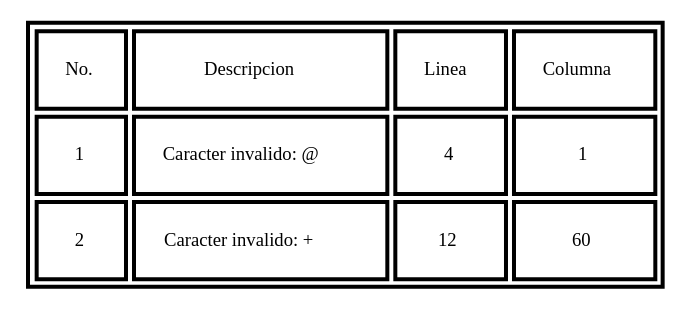
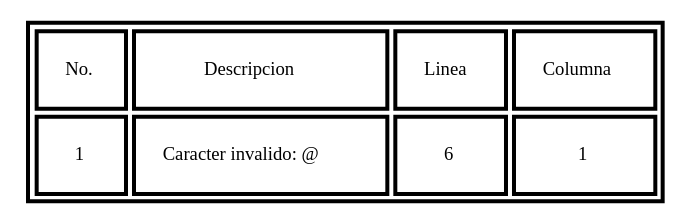
Before and after one commit to kevinmp2/LFP_PROYECTO2_202103206: the diagram in errores.dot, drawn with Graphviz. The commit also changed 23 other files, not shown here.

```diff
--- a/errores.dot
+++ b/errores.dot
@@ -1,1 +1,1 @@
-digraph G {a0[shape=none label=<<TABLE align="center" border="3" cellspacing="3" cellpadding="20"><TR><TD><FONT FACE="bold">No.</FONT></TD><TD><FONT FACE="bold">Descripcion</FONT></TD><TD><FONT FACE="bold">Linea</FONT></TD><TD><FONT FACE="bold">Columna</FONT></TD></TR><TR><TD>1</TD><TD>Caracter invalido: @</TD><TD>4</TD><TD>1</TD></TR><TR><TD>2</TD><TD>Caracter invalido: +</TD><TD>12</TD><TD>60</TD></TR></TABLE>>];}
+digraph G {a0[shape=none label=<<TABLE align="center" border="3" cellspacing="3" cellpadding="20"><TR><TD><FONT FACE="bold">No.</FONT></TD><TD><FONT FACE="bold">Descripcion</FONT></TD><TD><FONT FACE="bold">Linea</FONT></TD><TD><FONT FACE="bold">Columna</FONT></TD></TR><TR><TD>1</TD><TD>Caracter invalido: @</TD><TD>6</TD><TD>1</TD></TR></TABLE>>];}
```
